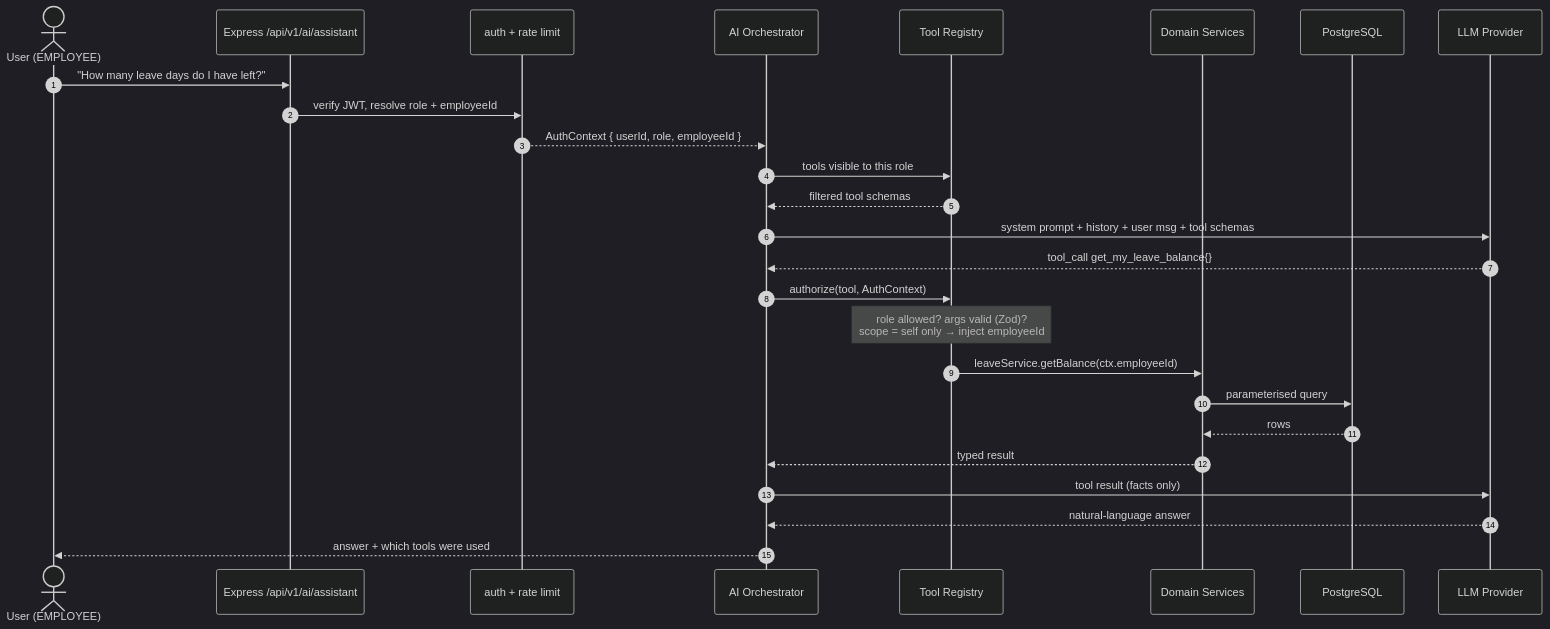
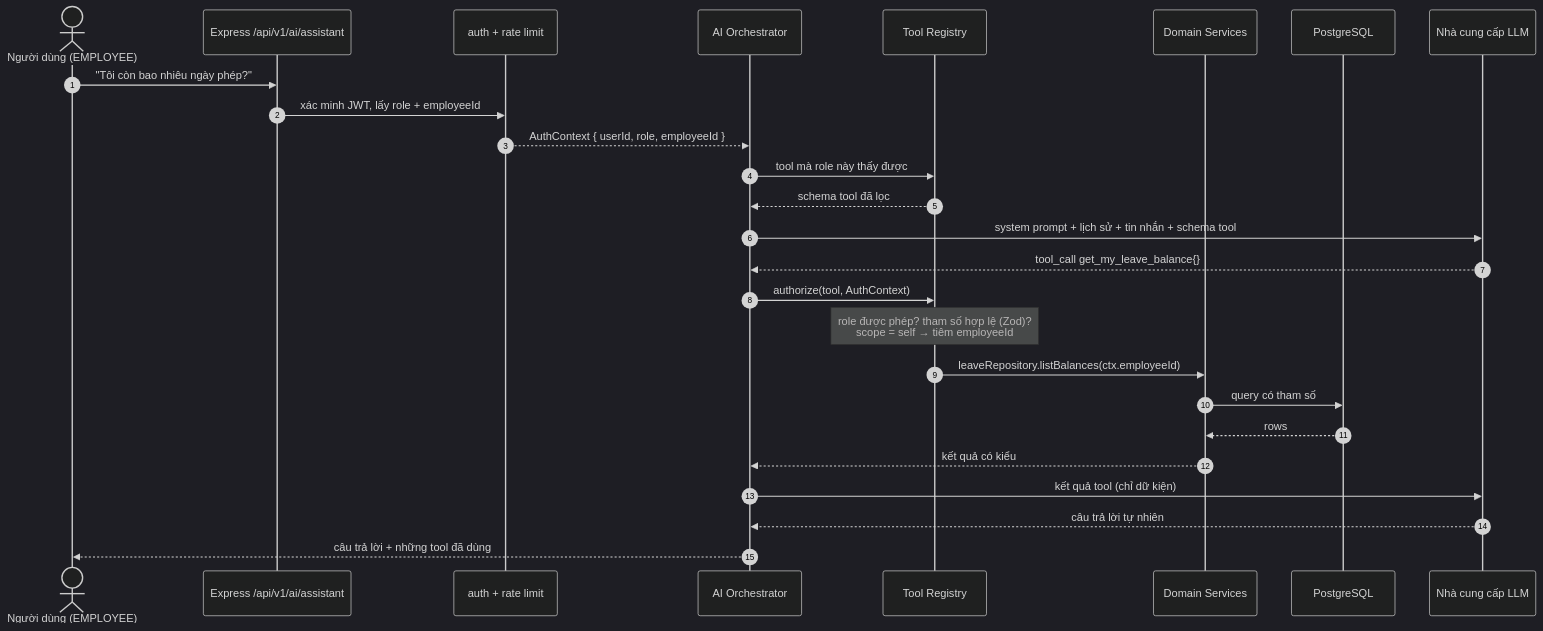
One commit to tridinh288/AI-HRM changed the fourth of 4 diagrams in docs/DESIGN.md. Above: the diagram before and after it, drawn with Mermaid (dark theme). The commit also changed other lines of this file and 3 other files, not shown here.

````diff
--- a/docs/DESIGN.md
+++ b/docs/DESIGN.md
@@ -309,29 +313,29 @@
 ```mermaid
 sequenceDiagram
     autonumber
-    actor U as User (EMPLOYEE)
+    actor U as Người dùng (EMPLOYEE)
     participant API as Express /api/v1/ai/assistant
     participant AUTH as auth + rate limit
     participant ORCH as AI Orchestrator
     participant REG as Tool Registry
     participant SVC as Domain Services
     participant DB as PostgreSQL
-    participant LLM as LLM Provider
+    participant LLM as Nhà cung cấp LLM
 
-    U->>API: "How many leave days do I have left?"
-    API->>AUTH: verify JWT, resolve role + employeeId
+    U->>API: "Tôi còn bao nhiêu ngày phép?"
+    API->>AUTH: xác minh JWT, lấy role + employeeId
     AUTH-->>ORCH: AuthContext { userId, role, employeeId }
-    ORCH->>REG: tools visible to this role
-    REG-->>ORCH: filtered tool schemas
-    ORCH->>LLM: system prompt + history + user msg + tool schemas
+    ORCH->>REG: tool mà role này thấy được
+    REG-->>ORCH: schema tool đã lọc
+    ORCH->>LLM: system prompt + lịch sử + tin nhắn + schema tool
     LLM-->>ORCH: tool_call get_my_leave_balance{}
     ORCH->>REG: authorize(tool, AuthContext)
-    Note over REG: role allowed? args valid (Zod)?<br/>scope = self only → inject employeeId
-    REG->>SVC: leaveService.getBalance(ctx.employeeId)
-    SVC->>DB: parameterised query
+    Note over REG: role được phép? tham số hợp lệ (Zod)?<br/>scope = self → tiêm employeeId
+    REG->>SVC: leaveRepository.listBalances(ctx.employeeId)
+    SVC->>DB: query có tham số
     DB-->>SVC: rows
-    SVC-->>ORCH: typed result
-    ORCH->>LLM: tool result (facts only)
-    LLM-->>ORCH: natural-language answer
-    ORCH-->>U: answer + which tools were used
+    SVC-->>ORCH: kết quả có kiểu
+    ORCH->>LLM: kết quả tool (chỉ dữ kiện)
+    LLM-->>ORCH: câu trả lời tự nhiên
+    ORCH-->>U: câu trả lời + những tool đã dùng
 ```
````
